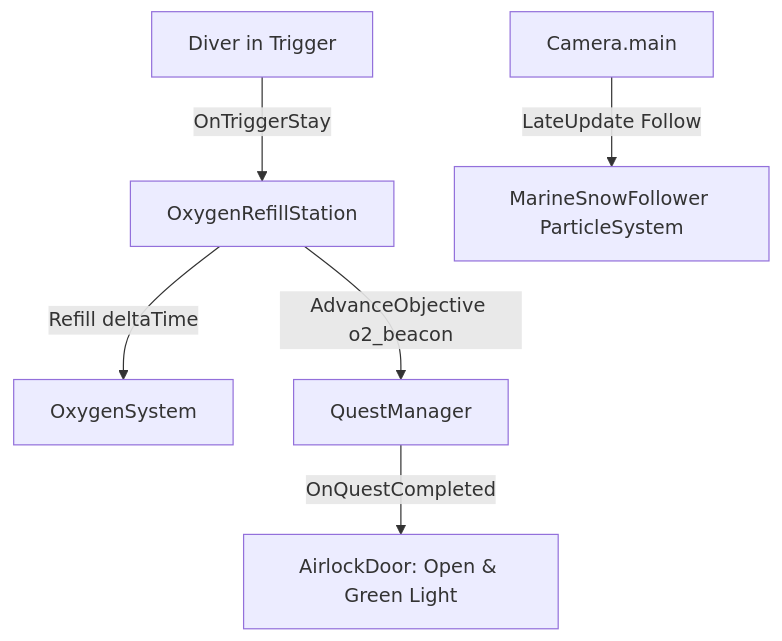
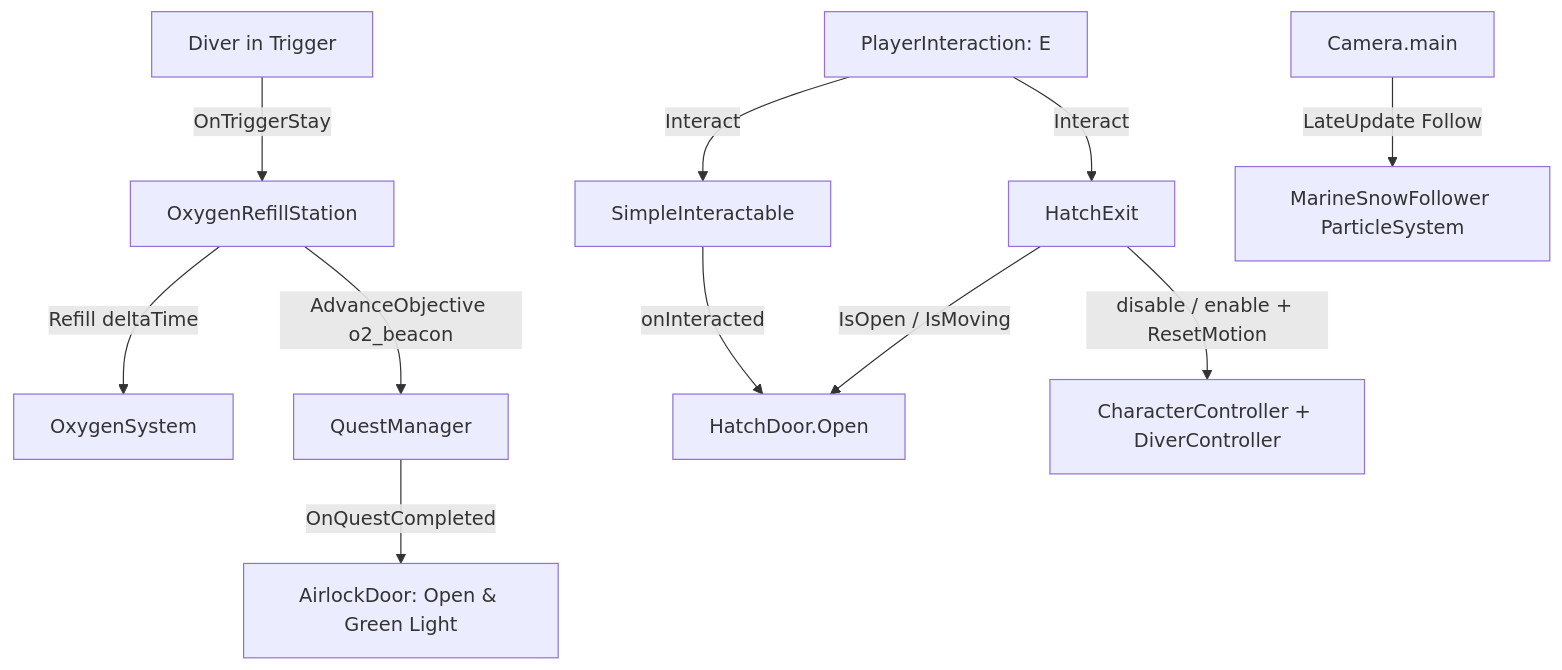
One commit to Fr3nezy/Project_Deep changed the diagram in documentation/Environment.md. Above: the diagram before and after it, drawn with Mermaid. The commit also changed other lines of this file and 24 other files, not shown here.

First line of the commit message:
Add descent capsule hatch interaction and guided exit

````diff
--- a/documentation/Environment.md
+++ b/documentation/Environment.md
@@ -22,8 +28,13 @@
 ```mermaid
 flowchart TD
     Player[Diver in Trigger] -->|OnTriggerStay| Station[OxygenRefillStation]
     Station -->|Refill deltaTime| Oxy[OxygenSystem]
     Station -->|AdvanceObjective o2_beacon| Quests[QuestManager]
     Quests -->|OnQuestCompleted| Door[AirlockDoor: Open & Green Light]
+    PI[PlayerInteraction: E] -->|Interact| SI[SimpleInteractable]
+    SI -->|onInteracted| Hatch[HatchDoor.Open]
+    PI -->|Interact| Exit[HatchExit]
+    Exit -->|IsOpen / IsMoving| Hatch
+    Exit -->|disable / enable + ResetMotion| Diver[CharacterController + DiverController]
     Cam[Camera.main] -->|LateUpdate Follow| Snow[MarineSnowFollower ParticleSystem]
 ```
````
